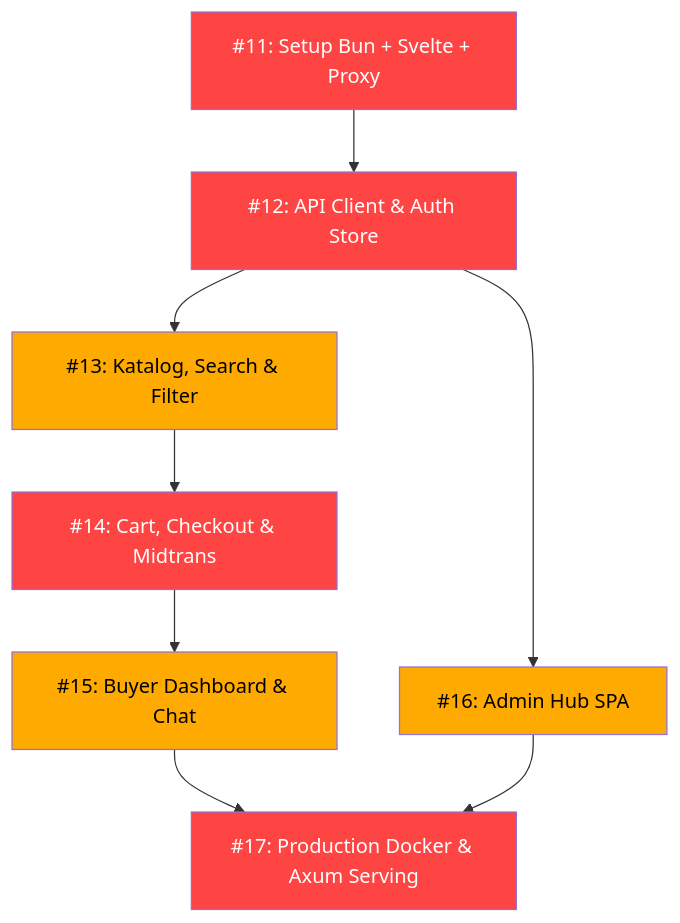
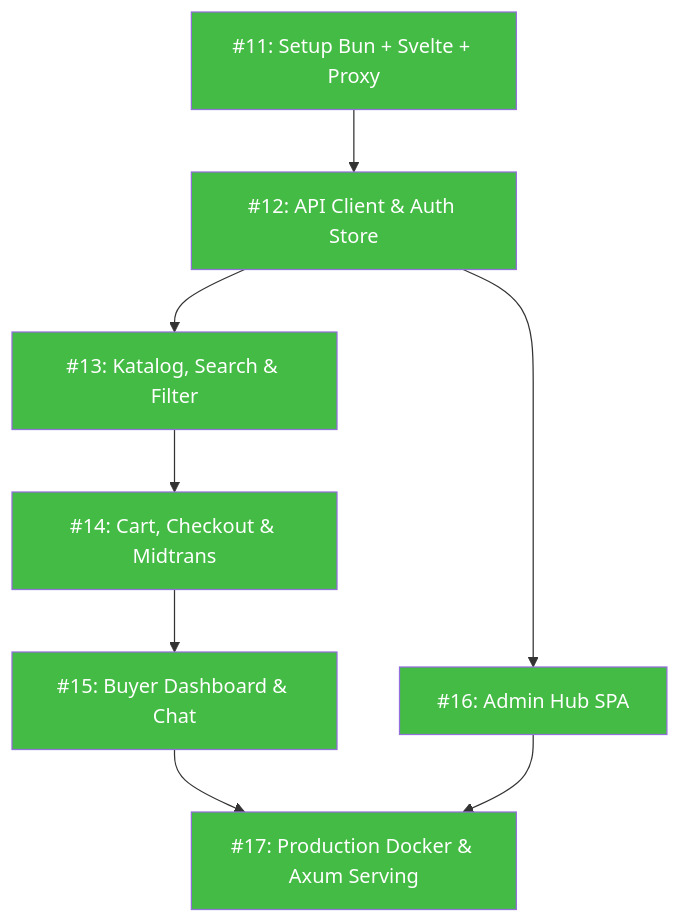
Before and after one commit to cobacobiy/program1: the second of 2 diagrams in issues/README.md, drawn with Mermaid. The commit also changed other lines of this file and 11 other files, not shown here.

````diff
--- a/issues/README.md
+++ b/issues/README.md
@@ -193,18 +193,18 @@
 ```mermaid
 graph TD
     I11["#11: Setup Bun + Svelte + Proxy"] --> I12["#12: API Client & Auth Store"]
     I12 --> I13["#13: Katalog, Search & Filter"]
     I13 --> I14["#14: Cart, Checkout & Midtrans"]
     I14 --> I15["#15: Buyer Dashboard & Chat"]
     I12 --> I16["#16: Admin Hub SPA"]
     I15 --> I17["#17: Production Docker & Axum Serving"]
     I16 --> I17
 
-    style I11 fill:#ff4444,color:#fff
-    style I12 fill:#ff4444,color:#fff
-    style I14 fill:#ff4444,color:#fff
-    style I17 fill:#ff4444,color:#fff
-    style I13 fill:#ffaa00,color:#000
-    style I15 fill:#ffaa00,color:#000
-    style I16 fill:#ffaa00,color:#000
+    style I11 fill:#44bb44,color:#fff
+    style I12 fill:#44bb44,color:#fff
+    style I13 fill:#44bb44,color:#fff
+    style I14 fill:#44bb44,color:#fff
+    style I15 fill:#44bb44,color:#fff
+    style I16 fill:#44bb44,color:#fff
+    style I17 fill:#44bb44,color:#fff
 ```
````
